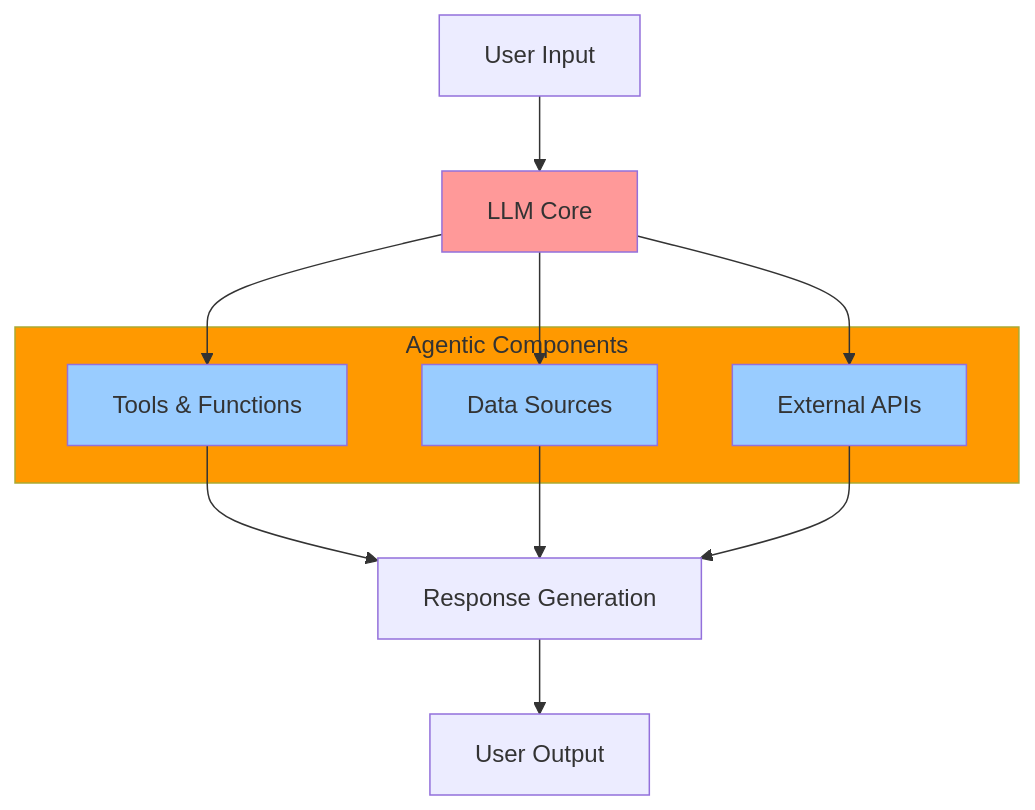
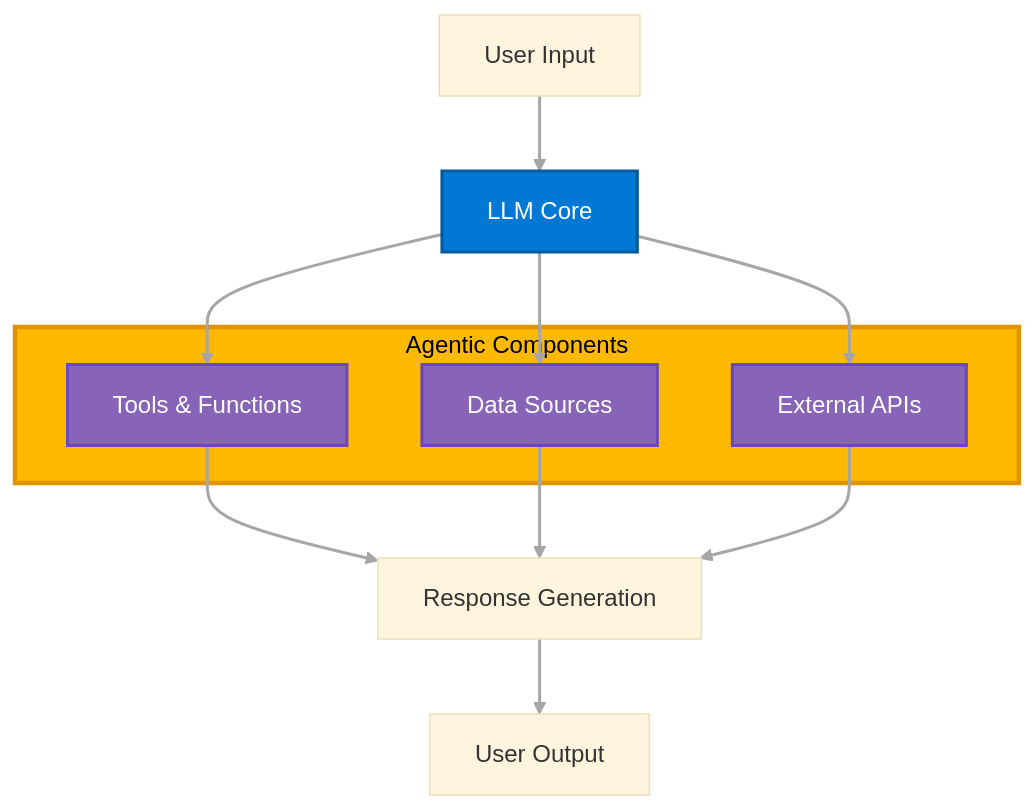
One commit to MTCMarkFranco/era-of-ai changed the sixth of 7 diagrams in ai-evolution-slides.md. Above: the diagram before and after it, drawn with Mermaid. The commit also changed other lines of this file, not shown here.

````diff
--- a/ai-evolution-slides.md
+++ b/ai-evolution-slides.md
@@ -186,26 +201,29 @@
 ```mermaid
+%%{init: {'theme':'base', 'themeVariables': { 'fontFamily': 'Segoe UI, Arial, sans-serif', 'fontSize': '16px'}}}%%
 graph TD
     A[User Input] --> B[LLM Core]
     
     subgraph H[Agentic Components]
         C[Tools & Functions]
         D[Data Sources]
         E[External APIs]
     end
     
     B --> C
     B --> D
     B --> E
     
     C --> F[Response Generation]
     D --> F
     E --> F
     
     F --> G[User Output]
     
-    style B fill:#ff9999
-    style C fill:#99ccff
-    style D fill:#99ccff
-    style E fill:#99ccff
-    style H fill:#ff9900
+    style B fill:#0078D4,stroke:#005A9E,stroke-width:2px,color:#FFFFFF
+    style C fill:#8764B8,stroke:#6B46C1,stroke-width:2px,color:#FFFFFF
+    style D fill:#8764B8,stroke:#6B46C1,stroke-width:2px,color:#FFFFFF
+    style E fill:#8764B8,stroke:#6B46C1,stroke-width:2px,color:#FFFFFF
+    style H fill:#FFB900,stroke:#E09200,stroke-width:3px,color:#000000
+    
+    linkStyle default stroke:#A6A6A6,stroke-width:2px
 ```
````
